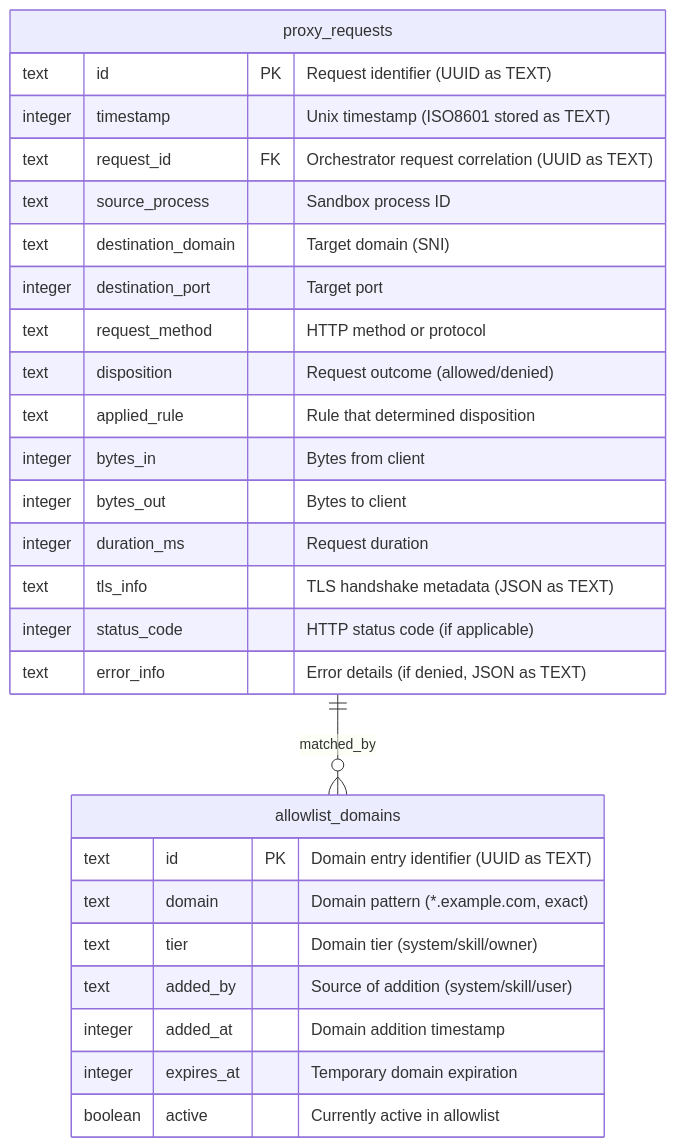
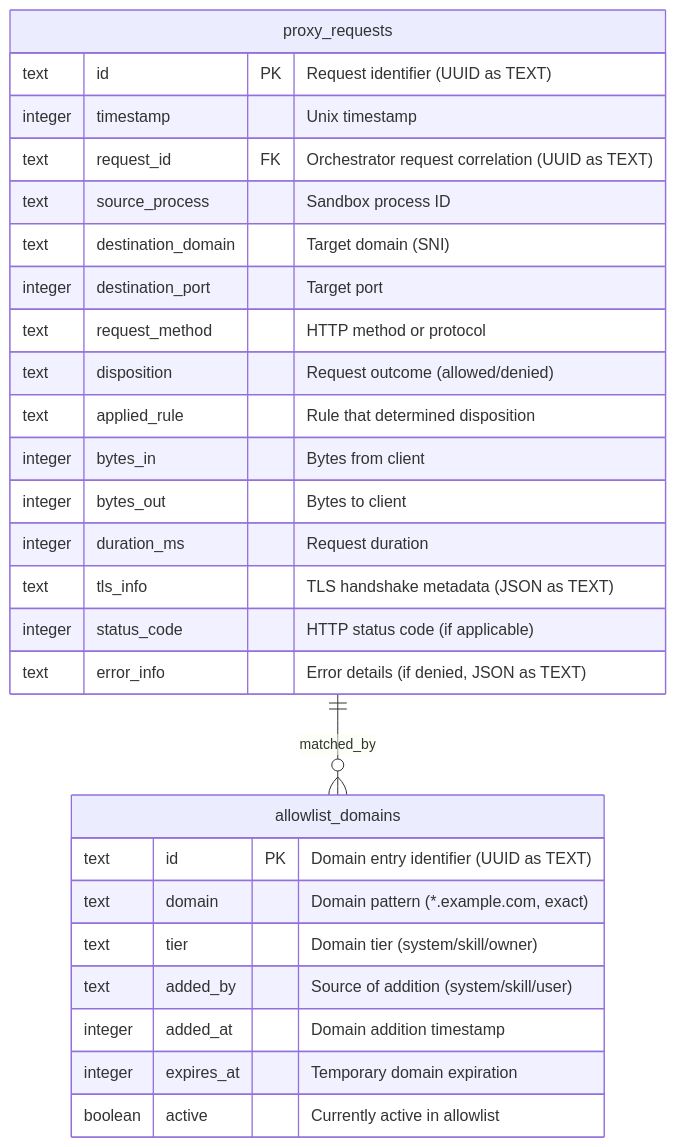
One commit to openkraken-ai/openkraken changed the sixth of 6 diagrams in TechSpec.md. Above: the diagram before and after it, drawn with Mermaid. The commit also changed other lines of this file and 1 other file, not shown here.

````diff
--- a/TechSpec.md
+++ b/TechSpec.md
@@ -689,32 +699,32 @@
 ```mermaid
 erDiagram
     proxy_requests {
         text id PK "Request identifier (UUID as TEXT)"
-        integer timestamp "Unix timestamp (ISO8601 stored as TEXT)"
+        integer timestamp "Unix timestamp"
         text request_id FK "Orchestrator request correlation (UUID as TEXT)"
         text source_process "Sandbox process ID"
         text destination_domain "Target domain (SNI)"
         integer destination_port "Target port"
         text request_method "HTTP method or protocol"
         text disposition "Request outcome (allowed/denied)"
         text applied_rule "Rule that determined disposition"
         integer bytes_in "Bytes from client"
         integer bytes_out "Bytes to client"
         integer duration_ms "Request duration"
         text tls_info "TLS handshake metadata (JSON as TEXT)"
         integer status_code "HTTP status code (if applicable)"
         text error_info "Error details (if denied, JSON as TEXT)"
     }
     
     allowlist_domains {
         text id PK "Domain entry identifier (UUID as TEXT)"
         text domain "Domain pattern (*.example.com, exact)"
         text tier "Domain tier (system/skill/owner)"
         text added_by "Source of addition (system/skill/user)"
         integer added_at "Domain addition timestamp"
         integer expires_at "Temporary domain expiration"
         boolean active "Currently active in allowlist"
     }
     
     proxy_requests ||--o{ allowlist_domains : "matched_by"
 ```
````
